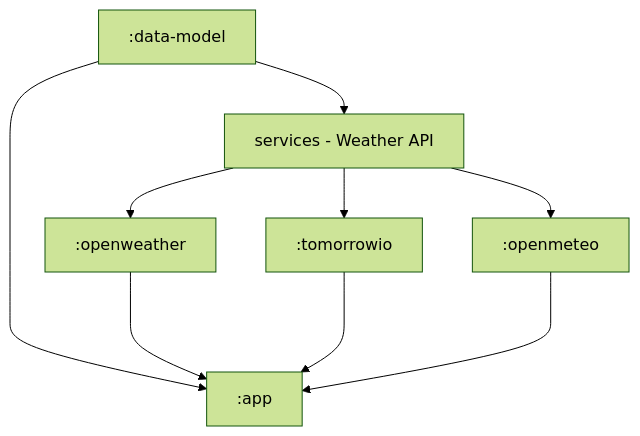
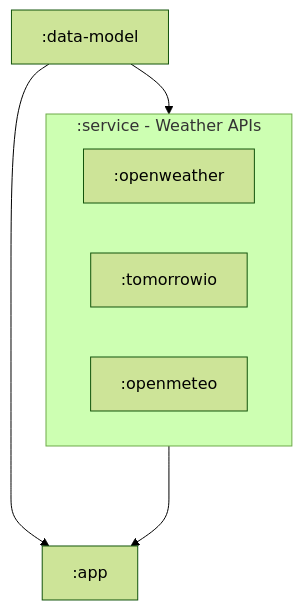
Before and after one commit to hossain-khan/android-weather-alert: the diagram in README.md, drawn with Mermaid (forest theme).

Commit message:
Update README.md - Better module grouping using mermaid

````diff
--- a/README.md
+++ b/README.md
@@ -64,18 +64,16 @@
 ```mermaid
 flowchart TB
+    subgraph Service[:service - Weather APIs]
+        direction LR  'Layout within the subgraph
+        Service_OW[:openweather]
+        Service_TI[:tomorrowio]
+        Service_OM[:openmeteo]
+    end
+
     DTO[:data-model]
-    Service[services - Weather API]
-    Service_OW[:openweather]
-    Service_TI[:tomorrowio]
-    Service_OM[:openmeteo]
     App[:app]
 
     DTO --> Service
-    Service --> Service_OW
-    Service --> Service_TI
-    Service --> Service_OM
     DTO ---> App
-    Service_OW ---> App
-    Service_TI ---> App
-    Service_OM ---> App
+    Service ---> App
 ```
````
